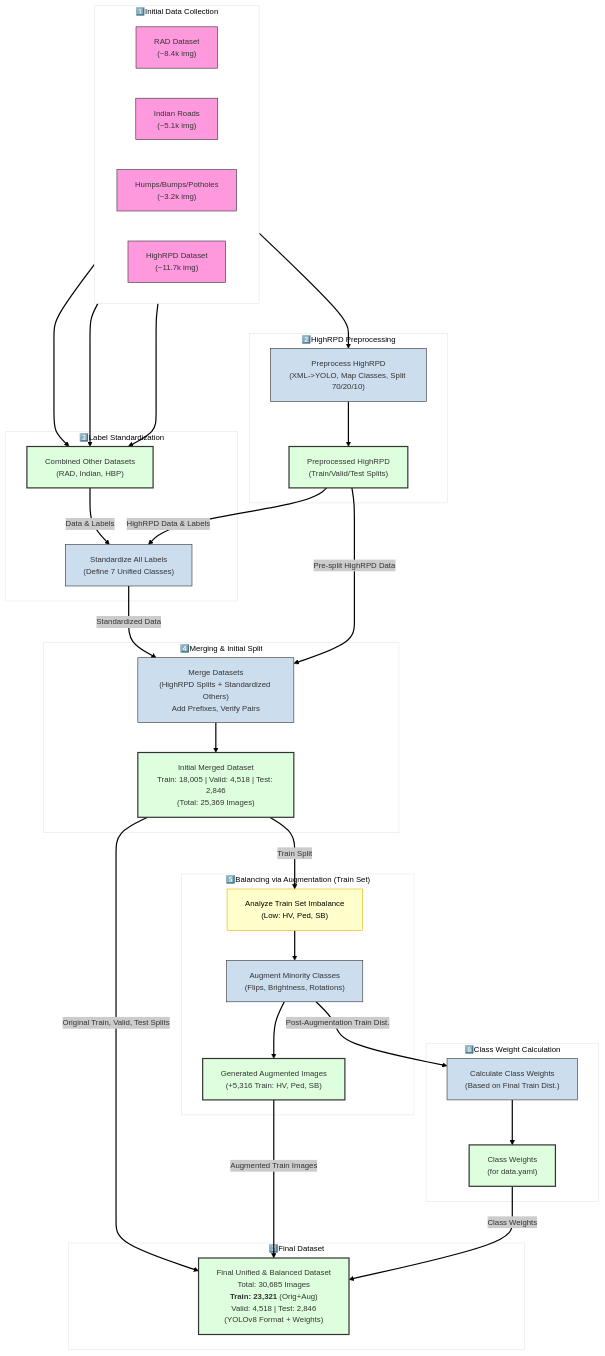
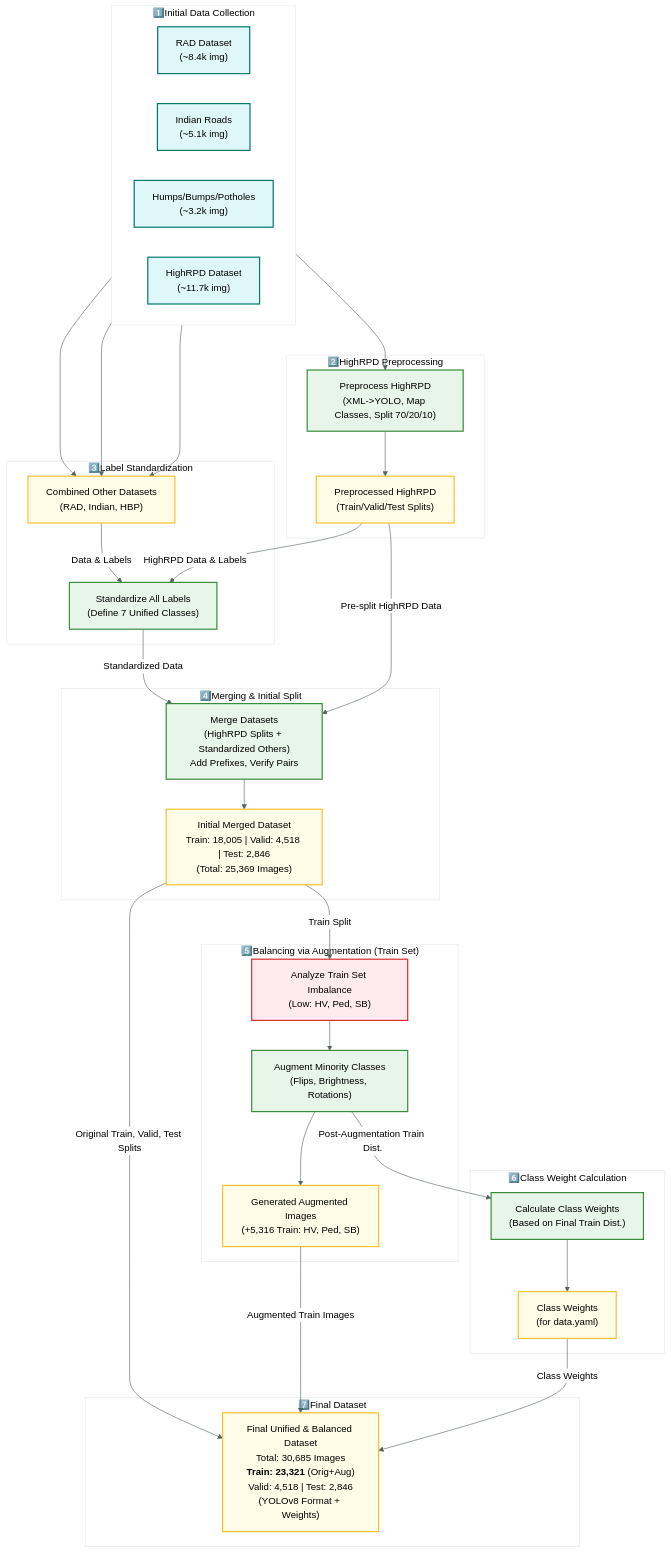
The first of 2 diagrams in README.md (collabdoor/Road-Anomaly-Detection), drawn with Mermaid before and after one commit. The commit also changed other lines of this file, not shown here.

````diff
--- a/README.md
+++ b/README.md
@@ -29,80 +29,82 @@
 ```mermaid
 ---
 config:
-  theme: neo
+  theme: base
   themeVariables:
-    fontSize: 13px
-  layout: fixed
+    primaryColor: '#ffffff'
+    primaryTextColor: '#000'
+    primaryBorderColor: '#7C838A'
+    lineColor: '#536162'
+    textColor: '#000'
 ---
 flowchart TD
- subgraph sg0["<span style=color:>1️⃣Initial Data Collection</span>"]
+ subgraph sg0["1️⃣Initial Data Collection"]
     direction LR
         DS1["RAD Dataset<br>(~8.4k img)"]
         DS2["Indian Roads<br>(~5.1k img)"]
         DS3["Humps/Bumps/Potholes<br>(~3.2k img)"]
         DS4["HighRPD Dataset<br>(~11.7k img)"]
   end
  subgraph sg1["2️⃣HighRPD Preprocessing"]
         PreprocHighRPD["Preprocess HighRPD<br>(XML-&gt;YOLO, Map Classes, Split 70/20/10)"]
         PreprocOutput["Preprocessed HighRPD<br>(Train/Valid/Test Splits)"]
   end
  subgraph sg2["3️⃣Label Standardization"]
         InitialCollect["Combined Other Datasets<br>(RAD, Indian, HBP)"]
         Standardize["Standardize All Labels<br>(Define 7 Unified Classes)"]
   end
  subgraph sg3["4️⃣Merging &amp; Initial Split"]
         Merge["Merge Datasets<br>(HighRPD Splits + Standardized Others)<br>Add Prefixes, Verify Pairs"]
         InitialMerged["Initial Merged Dataset<br>Train: 18,005 | Valid: 4,518 | Test: 2,846<br>(Total: 25,369 Images)"]
   end
  subgraph sg4["5️⃣Balancing via Augmentation (Train Set)"]
         AnalyzeImbalance["Analyze Train Set Imbalance<br>(Low: HV, Ped, SB)"]
         Augment["Augment Minority Classes<br>(Flips, Brightness, Rotations)"]
         AugmentedImages["Generated Augmented Images<br>(+5,316 Train: HV, Ped, SB)"]
   end
  subgraph sg5["6️⃣Class Weight Calculation"]
         CalcWeights["Calculate Class Weights<br>(Based on Final Train Dist.)"]
         WeightsOutput["Class Weights<br>(for data.yaml)"]
   end
  subgraph sg6["7️⃣Final Dataset"]
         FinalDataset["Final Unified &amp; Balanced Dataset<br>Total: 30,685 Images<br><b>Train: 23,321</b> (Orig+Aug)<br>Valid: 4,518 | Test: 2,846<br>(YOLOv8 Format + Weights)"]
   end
     DS4 --> PreprocHighRPD
     PreprocHighRPD --> PreprocOutput
     DS1 --> InitialCollect
     DS2 --> InitialCollect
     DS3 --> InitialCollect
     InitialCollect -- Data & Labels --> Standardize
     PreprocOutput -- HighRPD Data & Labels --> Standardize
     Standardize -- Standardized Data --> Merge
     PreprocOutput -- "Pre-split HighRPD Data" --> Merge
     Merge --> InitialMerged
     InitialMerged -- Train Split --> AnalyzeImbalance
     AnalyzeImbalance --> Augment
     Augment --> AugmentedImages
     Augment -- "Post-Augmentation Train Dist." --> CalcWeights
     CalcWeights --> WeightsOutput
     InitialMerged -- Original Train, Valid, Test Splits --> FinalDataset
     AugmentedImages -- Augmented Train Images --> FinalDataset
     WeightsOutput -- Class Weights --> FinalDataset
      DS1:::dataset
      DS2:::dataset
      DS3:::dataset
      DS4:::dataset
      PreprocHighRPD:::process
      PreprocOutput:::output
      InitialCollect:::output
      Standardize:::process
      Merge:::process
      InitialMerged:::output
      AnalyzeImbalance:::importantNote
      Augment:::process
      AugmentedImages:::output
      CalcWeights:::process
      WeightsOutput:::output
      FinalDataset:::output
-    classDef dataset fill:#f9d,stroke:#333,stroke-width:1px
-    classDef process fill:#cde,stroke:#333,stroke-width:1px
-    classDef output fill:#dfd,stroke:#333,stroke-width:2px
-    classDef importantNote fill:#ffc,stroke:#e7b400,stroke-width:1px,color:black
-
+    classDef dataset fill:#E0F7FA,stroke:#00796B,stroke-width:2px,color:#000
+    classDef process fill:#E8F5E9,stroke:#388E3C,stroke-width:2px,color:#000
+    classDef output fill:#FFFDE7,stroke:#FBC02D,stroke-width:2px,color:#000
+    classDef importantNote fill:#FFEBEE,stroke:#D32F2F,stroke-width:2px,color:#000
 ```
````
